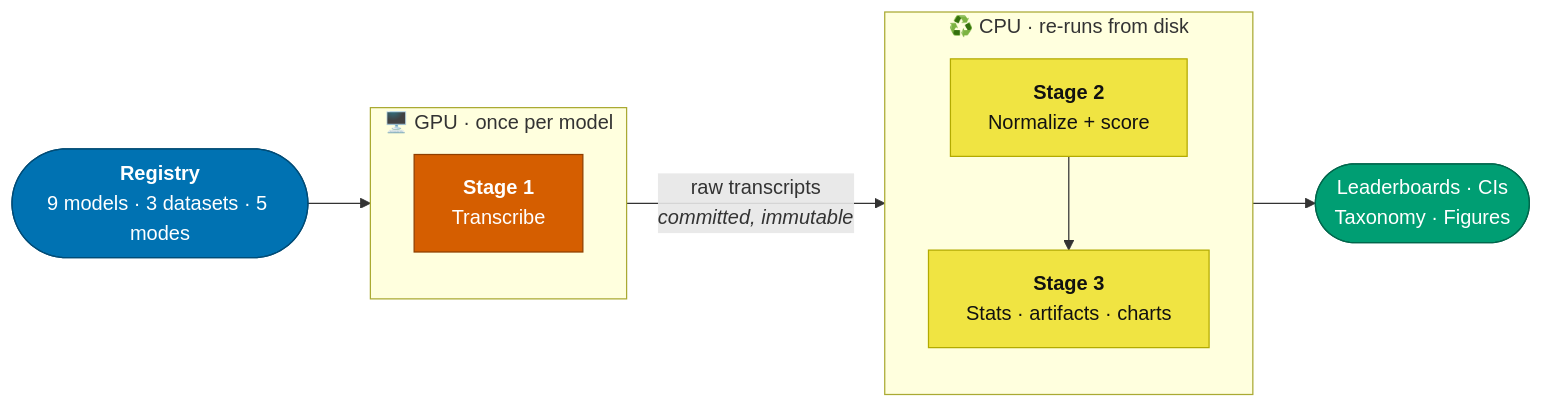
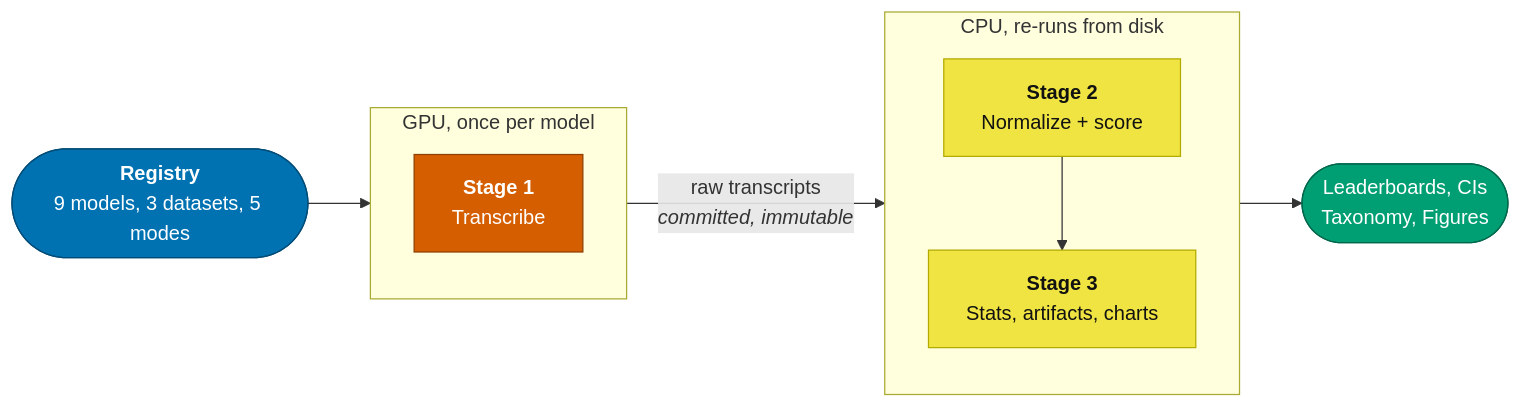
The diagram in README.md (theshivam7/indian-asr-bench), drawn with Mermaid before and after one commit. The commit also changed other lines of this file and 482 other files, not shown here.

````diff
--- a/README.md
+++ b/README.md
@@ -121,26 +102,26 @@
 ```mermaid
 flowchart LR
-    R(["<b>Registry</b><br/>9 models · 3 datasets · 5 modes"])
+    R(["<b>Registry</b><br/>9 models, 3 datasets, 5 modes"])
 
-    subgraph GPU ["🖥️ GPU · once per model"]
+    subgraph GPU ["GPU, once per model"]
         direction TB
         S1["<b>Stage 1</b><br/>Transcribe"]
     end
 
-    subgraph CPU ["♻️ CPU · re-runs from disk"]
+    subgraph CPU ["CPU, re-runs from disk"]
         direction TB
         S2["<b>Stage 2</b><br/>Normalize + score"]
-        S3["<b>Stage 3</b><br/>Stats · artifacts · charts"]
+        S3["<b>Stage 3</b><br/>Stats, artifacts, charts"]
         S2 --> S3
     end
 
     R --> S1
     S1 -- "raw transcripts<br/><i>committed, immutable</i>" --> S2
-    S3 --> O(["Leaderboards · CIs<br/>Taxonomy · Figures"])
+    S3 --> O(["Leaderboards, CIs<br/>Taxonomy, Figures"])
 
     style R fill:#0072B2,stroke:#004c77,color:#fff
     style O fill:#009E73,stroke:#00674c,color:#fff
     style S1 fill:#D55E00,stroke:#8f3f00,color:#fff
     style S2 fill:#F0E442,stroke:#b3aa00,color:#111
     style S3 fill:#F0E442,stroke:#b3aa00,color:#111
 ```
````
